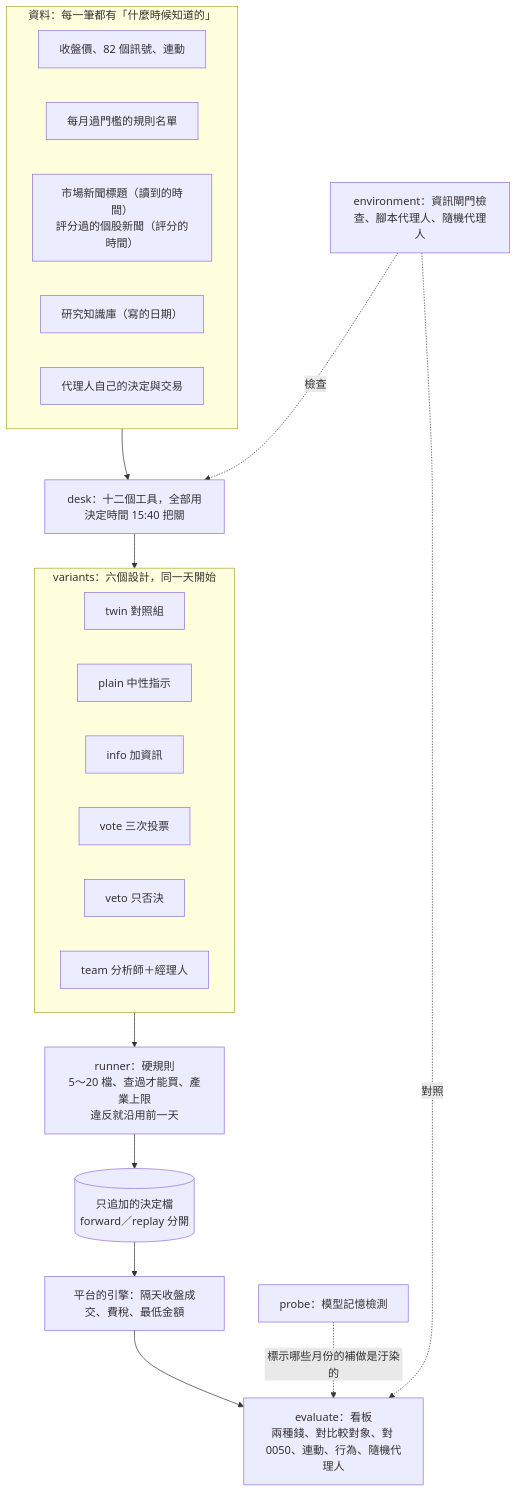
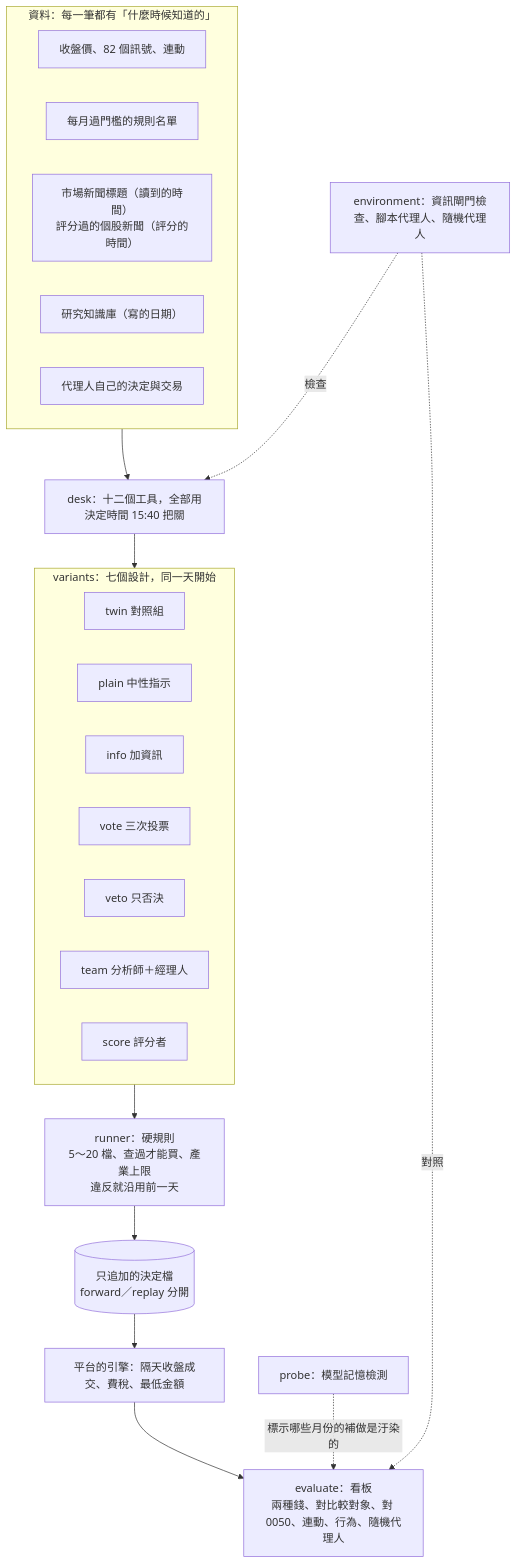
The diagram in docs/agent_lab.md (ryan73093/StockResearch), drawn with Mermaid before and after one commit. The commit also changed other lines of this file and 9 other files, not shown here.

````diff
--- a/docs/agent_lab.md
+++ b/docs/agent_lab.md
@@ -32,33 +32,34 @@
 ```mermaid
 flowchart TB
   subgraph 資料[資料：每一筆都有「什麼時候知道的」]
     px[收盤價、82 個訊號、連動]
     lists[每月過門檻的規則名單]
     news[市場新聞標題（讀到的時間）<br/>評分過的個股新聞（評分的時間）]
     kb[研究知識庫（寫的日期）]
     own[代理人自己的決定與交易]
   end
   desk[desk：十二個工具，全部用決定時間 15:40 把關]
   資料 --> desk
-  subgraph 設計[variants：六個設計，同一天開始]
+  subgraph 設計[variants：七個設計，同一天開始]
     twin[twin 對照組]
     plain[plain 中性指示]
     info[info 加資訊]
     vote[vote 三次投票]
     veto[veto 只否決]
     team[team 分析師＋經理人]
+    score[score 評分者]
   end
   desk --> 設計
   rules[runner：硬規則<br/>5～20 檔、查過才能買、產業上限<br/>違反就沿用前一天]
   設計 --> rules
   store[(只追加的決定檔<br/>forward／replay 分開)]
   rules --> store
   engine[平台的引擎：隔天收盤成交、費稅、最低金額]
   store --> engine
   board[evaluate：看板<br/>兩種錢、對比較對象、對 0050、連動、行為、隨機代理人]
   engine --> board
   env[environment：資訊閘門檢查、腳本代理人、隨機代理人]
   env -.檢查.-> desk
   env -.對照.-> board
   probe[probe：模型記憶檢測] -.標示哪些月份的補做是汙染的.-> board
 ```
````
